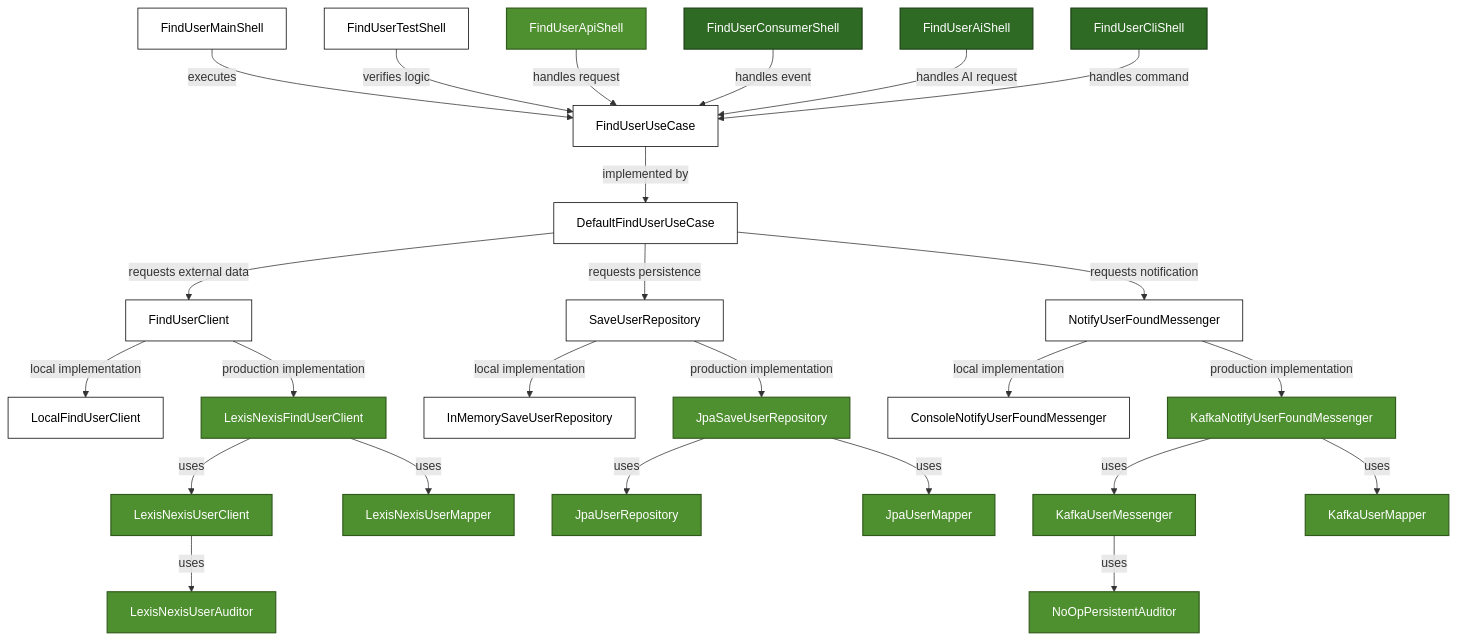
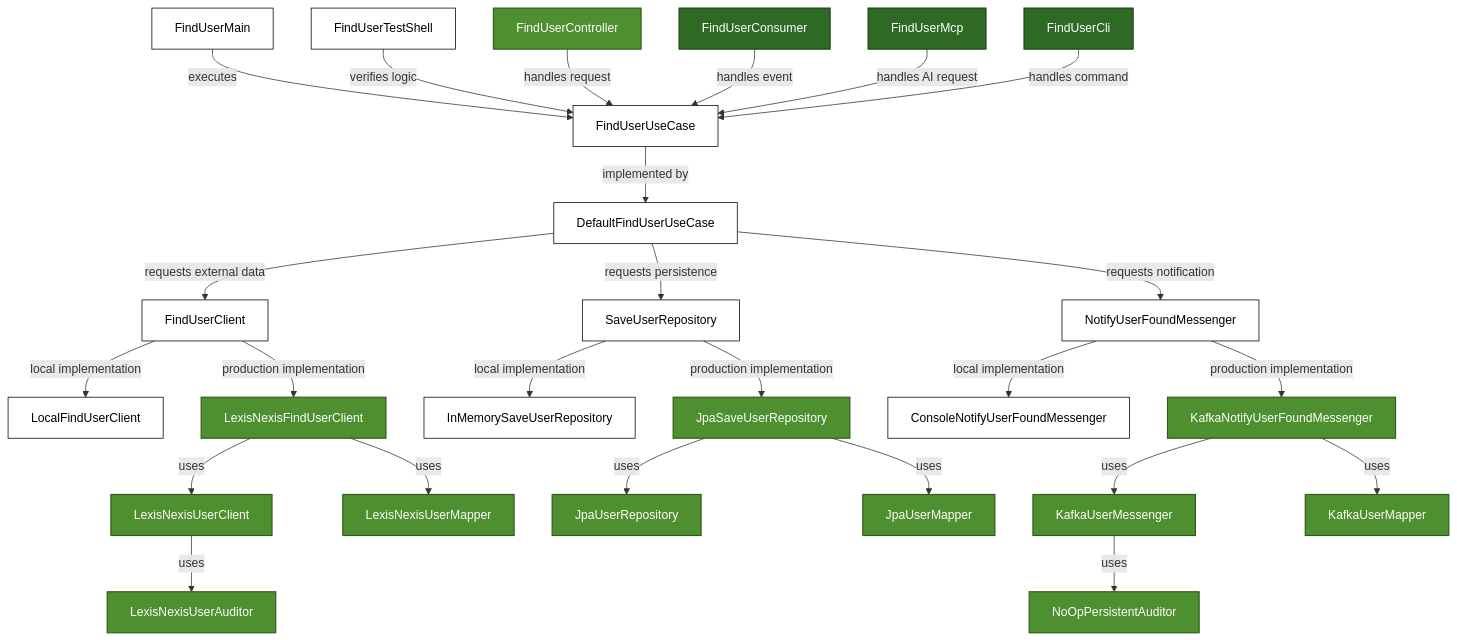
The diagram in README.md (hermi-projects/hermi), drawn with Mermaid before and after one commit. The commit also changed other lines of this file, not shown here.

Commit message:
rename shell name

````diff
--- a/README.md
+++ b/README.md
@@ -694,65 +694,65 @@
 ```mermaid
 graph TD
     %% Main Shell
-    S_Main[FindUserMainShell] -->|executes| U_UseCase
+    S_Main[FindUserMain] -->|executes| U_UseCase
 
     %% JUnit Shell
     S_JUnit[FindUserTestShell] -->|verifies logic| U_UseCase
     
     %% API Shell
-    S_Api[FindUserApiShell] -->|handles request| U_UseCase
+    S_Api[FindUserController] -->|handles request| U_UseCase
 
     %% Consumer Shell
-    S_Consumer[FindUserConsumerShell] -->|handles event| U_UseCase
+    S_Consumer[FindUserConsumer] -->|handles event| U_UseCase
 
     %% AI Shell
-    S_Ai[FindUserAiShell] -->|handles AI request| U_UseCase
+    S_Ai[FindUserMcp] -->|handles AI request| U_UseCase
 
     %% CLI Shell
-    S_Cli[FindUserCliShell] -->|handles command| U_UseCase
+    S_Cli[FindUserCli] -->|handles command| U_UseCase
 
     %% Use Case Interface -> Default Implementation
     U_UseCase[FindUserUseCase] -->|implemented by| U_Default[DefaultFindUserUseCase]
     
     %% Default Implementation -> Contracts
     U_Default -->|requests external data| U_Client[FindUserClient]
     U_Default -->|requests persistence| U_Repo[SaveUserRepository]
     U_Default -->|requests notification| U_Messenger[NotifyUserFoundMessenger]
 
     %% Local Implementations
     U_Client -->|local implementation| A_LocalClient[LocalFindUserClient]
     U_Repo -->|local implementation| A_LocalRepo[InMemorySaveUserRepository]
     U_Messenger -->|local implementation| A_LocalMessenger[ConsoleNotifyUserFoundMessenger]
 
     %% Production Implementations
     U_Client -->|production implementation| A_ProdClient[LexisNexisFindUserClient]
     A_ProdClient -->|uses| A_VendorClient[LexisNexisUserClient]
     A_ProdClient -->|uses| A_VendorMapper[LexisNexisUserMapper]
     A_VendorClient -->|uses| A_ClientAuditor[LexisNexisUserAuditor]
 
     U_Repo -->|production implementation| A_ProdRepo[JpaSaveUserRepository]
     A_ProdRepo -->|uses| A_VendorRepo[JpaUserRepository]
     A_ProdRepo -->|uses| A_RepoMapper[JpaUserMapper]
 
     U_Messenger -->|production implementation| A_ProdMessenger[KafkaNotifyUserFoundMessenger]
     A_ProdMessenger -->|uses| A_VendorMessenger[KafkaUserMessenger]
     A_ProdMessenger -->|uses| A_MessengerMapper[KafkaUserMapper]
     A_VendorMessenger -->|uses| A_MessengerAuditor[NoOpPersistentAuditor]
 
     %% Styling
     classDef s_local fill:#FFFFFF,color:#000000,stroke:#000000,stroke-width:1px
     classDef s_api fill:#4E8F2F,color:#FFFFFF,stroke:#2F5A1C,stroke-width:1.5px
     classDef s_other fill:#2E6A24,color:#FFFFFF,stroke:#1B3F15,stroke-width:1.5px
     classDef core fill:#FFFFFF,color:#000000,stroke:#000000,stroke-width:1px
 
     %% Assign classes
     class S_Main,A_LocalClient,A_LocalRepo,A_LocalMessenger s_local
     class S_Api s_api
     class S_Consumer,S_Ai,S_Cli s_other
     class S_JUnit core
     class U_UseCase,U_Default,U_Client,U_Repo,U_Messenger core
     class A_ProdClient,A_ProdRepo,A_ProdMessenger s_api
     class A_VendorClient,A_VendorRepo,A_VendorMessenger s_api
     class A_VendorMapper,A_RepoMapper,A_MessengerMapper s_api
     class A_ClientAuditor,A_MessengerAuditor s_api
 ```
````
